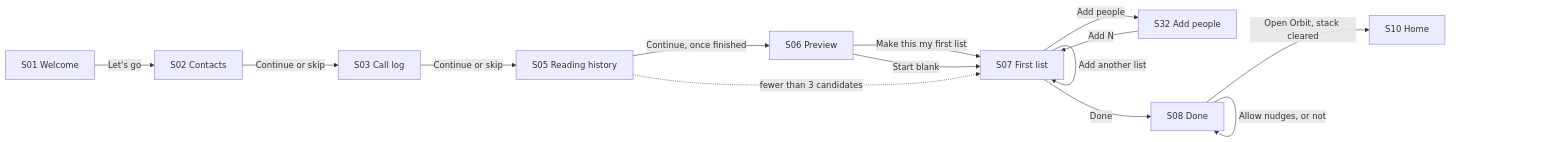
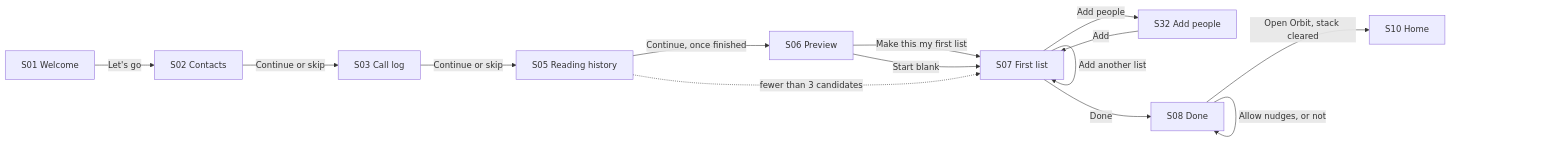
The first of 3 diagrams in vision/flows/flows.md (frosty110/friends-in-orbit), drawn with Mermaid before and after one commit. The commit also changed other lines of this file and 1 other file, not shown here.

````diff
--- a/vision/flows/flows.md
+++ b/vision/flows/flows.md
@@ -124,16 +142,16 @@
 ```mermaid
 flowchart LR
   S01[S01 Welcome] -->|Let's go| S02[S02 Contacts]
   S02 -->|Continue or skip| S03[S03 Call log]
   S03 -->|Continue or skip| S05[S05 Reading history]
   S05 -->|Continue, once finished| S06[S06 Preview]
   S06 -->|Make this my first list| S07[S07 First list]
   S06 -->|Start blank| S07
   S05 -.->|fewer than 3 candidates| S07
   S07 -->|Add people| S32[S32 Add people]
-  S32 -->|Add N| S07
+  S32 -->|Add| S07
   S07 -->|Add another list| S07
   S07 -->|Done| S08[S08 Done]
   S08 -->|Allow nudges, or not| S08
   S08 -->|Open Orbit, stack cleared| S10[S10 Home]
 ```
````
